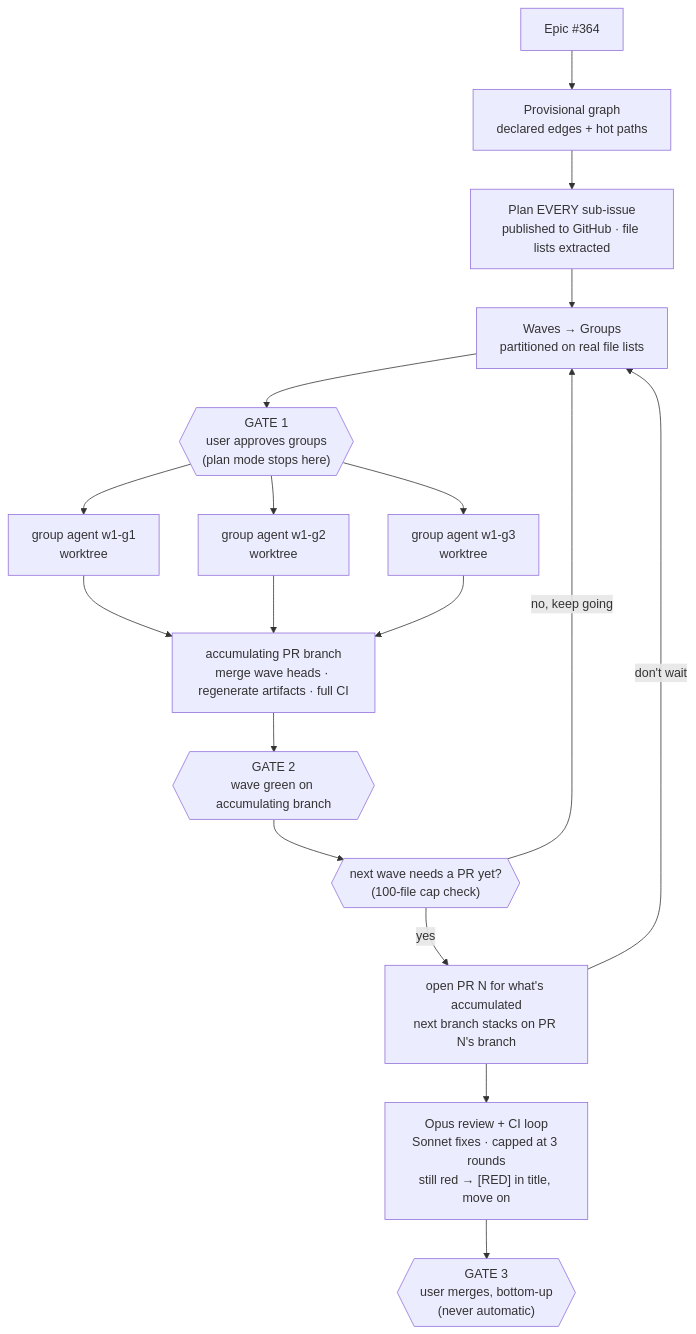
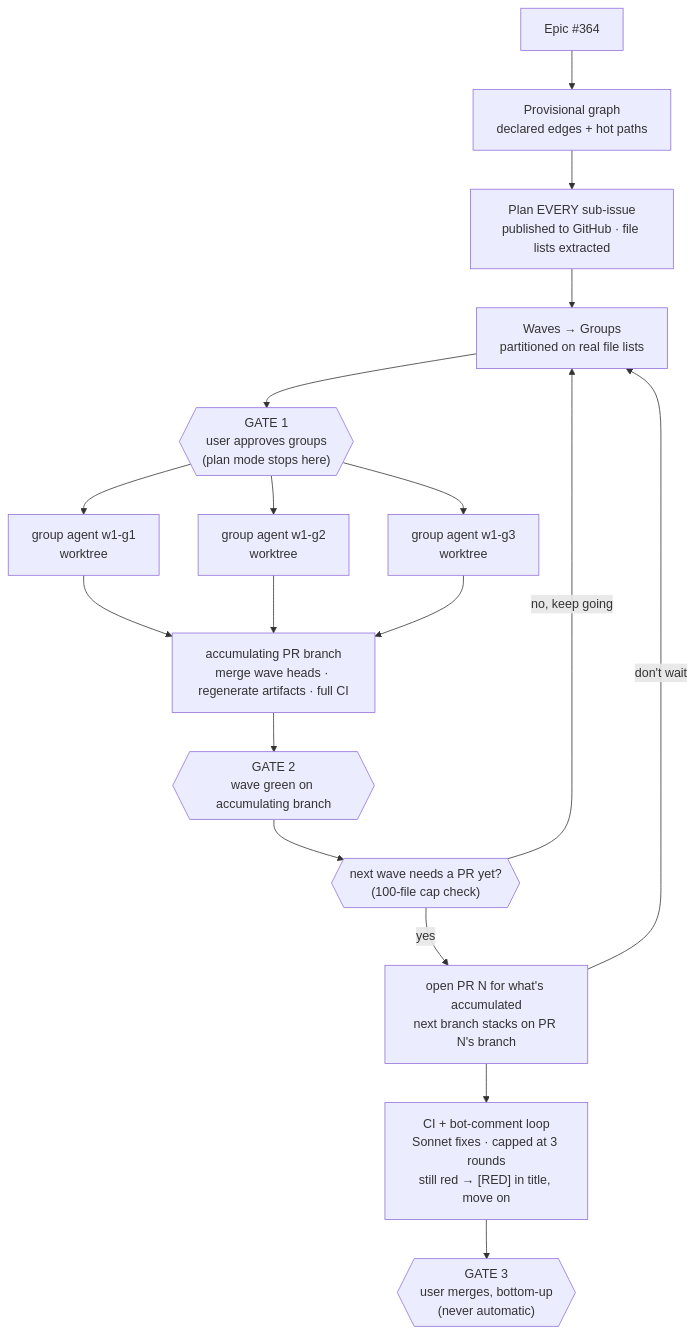
One commit to tareq89/biddaloy changed the second of 3 diagrams in .claude/skills/implement-epic/SKILL.md. Above: the diagram before and after it, drawn with Mermaid. The commit also changed other lines of this file and 4 other files, not shown here.

First line of the commit message:
chore(skills): run implement-epic/issue on Sonnet with a single review

````diff
--- a/.claude/skills/implement-epic/SKILL.md
+++ b/.claude/skills/implement-epic/SKILL.md
@@ -209,20 +209,20 @@
 ```mermaid
 flowchart TB
     E["Epic #364"] --> DG["Provisional graph\ndeclared edges + hot paths"]
     DG --> P["Plan EVERY sub-issue\npublished to GitHub · file lists extracted"]
     P --> W["Waves → Groups\npartitioned on real file lists"]
     W --> G1{{"GATE 1\nuser approves groups\n(plan mode stops here)"}}
     G1 --> A1["group agent w1-g1\nworktree"]
     G1 --> A2["group agent w1-g2\nworktree"]
     G1 --> A3["group agent w1-g3\nworktree"]
     A1 --> INT["accumulating PR branch\nmerge wave heads · regenerate artifacts · full CI"]
     A2 --> INT
     A3 --> INT
     INT --> G2{{"GATE 2\nwave green on accumulating branch"}}
     G2 --> NW{{"next wave needs a PR yet?\n(100-file cap check)"}}
     NW -->|no, keep going| W
     NW -->|yes| PR["open PR N for what's accumulated\nnext branch stacks on PR N's branch"]
     PR -->|don't wait| W
-    PR --> CR["Opus review + CI loop\nSonnet fixes · capped at 3 rounds\nstill red → [RED] in title, move on"]
+    PR --> CR["CI + bot-comment loop\nSonnet fixes · capped at 3 rounds\nstill red → [RED] in title, move on"]
     CR --> G3{{"GATE 3\nuser merges, bottom-up\n(never automatic)"}}
 ```
````
